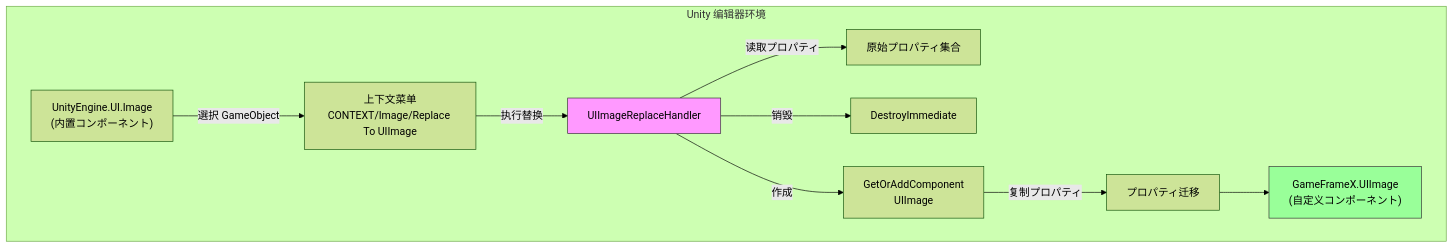
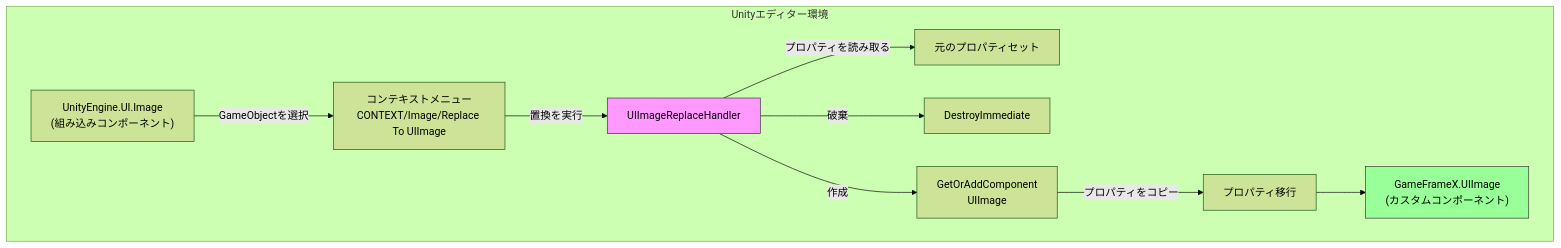
Before and after one commit to AlianBlank/GameFrameX.Docs: the first of 2 diagrams in docs/ja/client/unity/component/ui-ugui/15.image-replace.md, drawn with Mermaid (forest theme). The commit also changed other lines of this file and 320 other files, not shown here.

````diff
--- a/docs/ja/client/unity/component/ui-ugui/15.image-replace.md
+++ b/docs/ja/client/unity/component/ui-ugui/15.image-replace.md
@@ -27,15 +27,15 @@
 ```mermaid
 graph TD
-    subgraph UnityEditor["Unity 编辑器环境"]
-        Image["UnityEngine.UI.Image\n(内置コンポーネント)"] -->|選択 GameObject| ContextMenu["上下文菜单\nCONTEXT/Image/Replace To UIImage"]
-        ContextMenu -->|执行替换| Handler["UIImageReplaceHandler"]
-        Handler -->|读取プロパティ| ImageProps["原始プロパティ集合"]
-        Handler -->|销毁| Destroy["DestroyImmediate"]
+    subgraph UnityEditor["Unityエディター環境"]
+        Image["UnityEngine.UI.Image\n(組み込みコンポーネント)"] -->|GameObjectを選択| ContextMenu["コンテキストメニュー\nCONTEXT/Image/Replace To UIImage"]
+        ContextMenu -->|置換を実行| Handler["UIImageReplaceHandler"]
+        Handler -->|プロパティを読み取る| ImageProps["元のプロパティセット"]
+        Handler -->|破棄| Destroy["DestroyImmediate"]
         Handler -->|作成| Add["GetOrAddComponent\nUIImage"]
-        Add -->|复制プロパティ| CopyProps["プロパティ迁移"]
-        CopyProps --> UIImage["GameFrameX.UIImage\n(自定义コンポーネント)"]
+        Add -->|プロパティをコピー| CopyProps["プロパティ移行"]
+        CopyProps --> UIImage["GameFrameX.UIImage\n(カスタムコンポーネント)"]
     end
-    
+
     style Handler fill:#f9f,stroke:#333
     style UIImage fill:#9f9,stroke:#333
 ```
````
